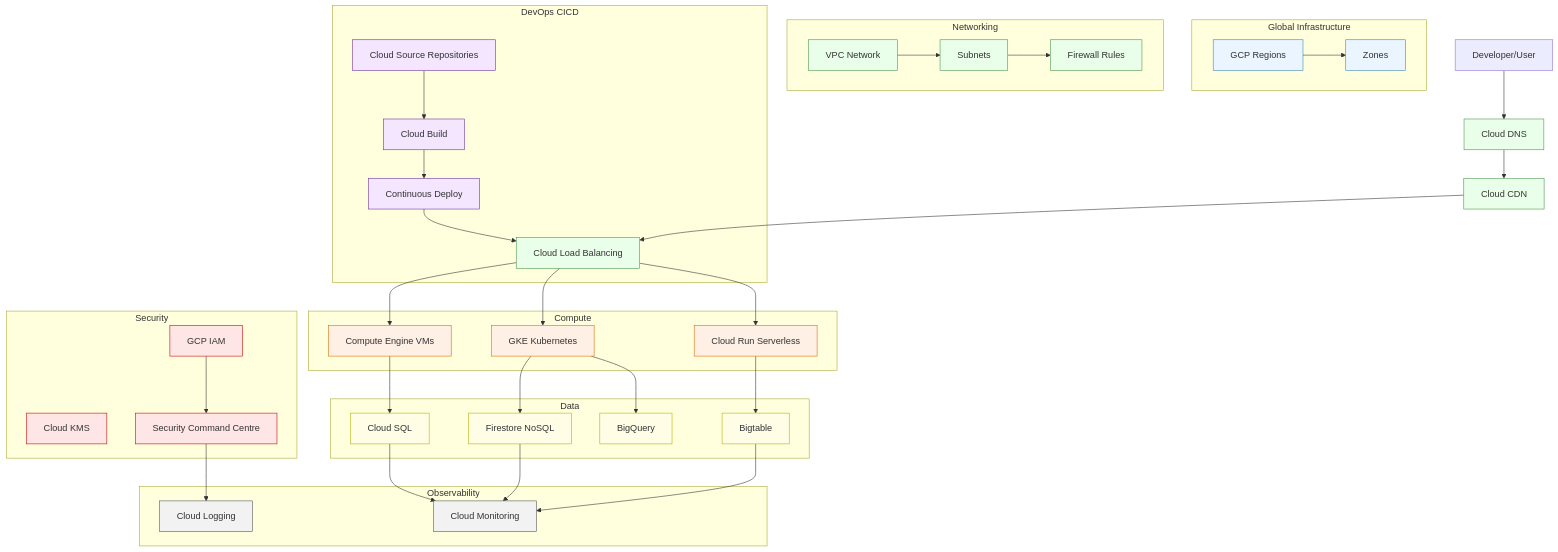
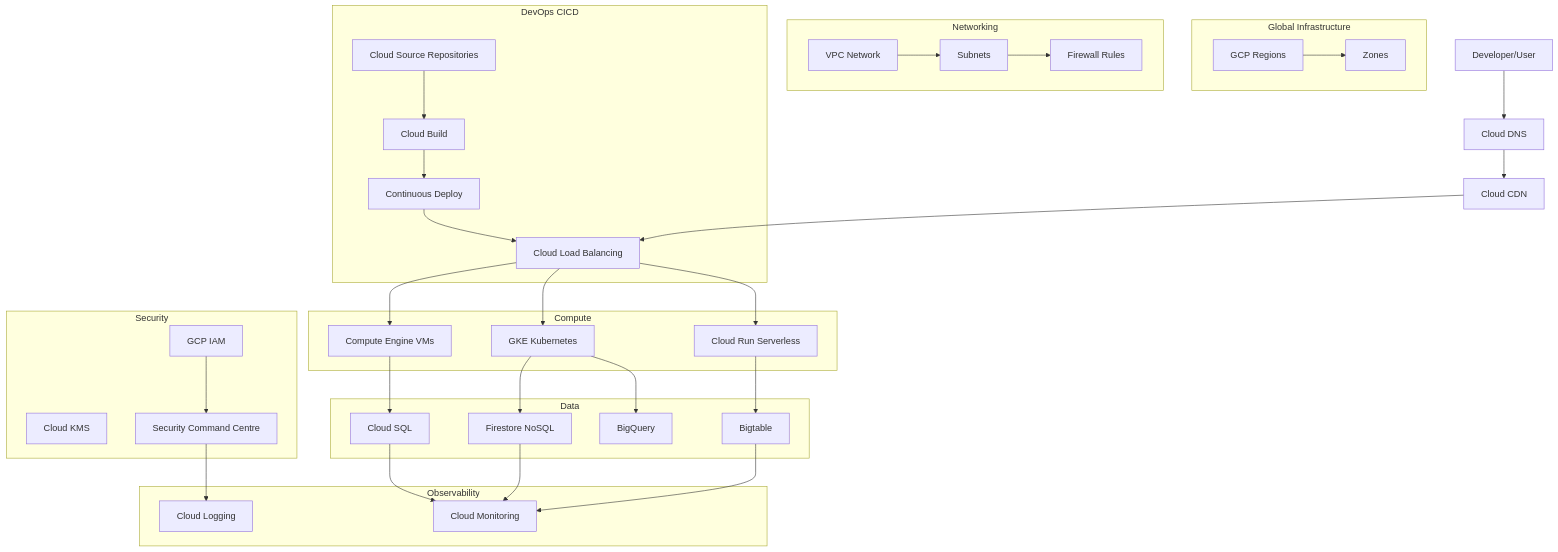
Before and after one commit to cassmastern/lers-sandbox: the second of 3 diagrams in docs/sec_cloud/aws-gcp-azure.md, drawn with Mermaid. The commit also changed other lines of this file, not shown here.

Commit message:
remove %%STYLES definitions from Azure, GCP and AWS arch diagrams

````diff
--- a/docs/sec_cloud/aws-gcp-azure.md
+++ b/docs/sec_cloud/aws-gcp-azure.md
@@ -144,70 +135,62 @@
 ```mermaid
 graph TD
     accTitle: GCP architecture diagram
     accDescr: GCP architecture diagram showing global infrastructure with regions and zones. User connects through Cloud DNS and Cloud CDN to Cloud Load Balancing, which routes to compute layer: Compute Engine VMs, GKE Kubernetes clusters, and Cloud Run serverless containers. Data layer contains Cloud SQL, Firestore NoSQL, Bigtable, and BigQuery analytics. DevOps flows from Cloud Source Repositories through Cloud Build to continuous deployment back to load balancer. Security managed by GCP IAM, Cloud KMS, and Security Command Centre. Observability through Cloud Monitoring and Cloud Logging.
     subgraph GlobalInfra["Global Infrastructure"]
         GR1[GCP Regions]:::global --> GR2[Zones]:::global
     end
     
     subgraph NetworkLayer["Networking"]
         VPC[VPC Network]:::net --> Subnet1[Subnets]:::net
         Subnet1 --> Firewall[Firewall Rules]:::net
     end
     
     User[Developer/User] --> CloudDNS[Cloud DNS]:::net
     CloudDNS --> CloudCDN[Cloud CDN]:::net
     CloudCDN --> LoadBalancer[Cloud Load Balancing]:::net
     
     subgraph ComputeLayer["Compute"]
         Compute[Compute Engine VMs]:::compute
         GKE[GKE Kubernetes]:::compute
         CloudRun[Cloud Run Serverless]:::compute
     end
     
     LoadBalancer --> Compute
     LoadBalancer --> GKE
     LoadBalancer --> CloudRun
     
     subgraph DataLayer["Data"]
         CloudSQL[Cloud SQL]:::data
         Firestore[Firestore NoSQL]:::data
         Bigtable[Bigtable]:::data
         BigQuery[BigQuery]:::data
     end
     
     Compute --> CloudSQL
     GKE --> Firestore
     CloudRun --> Bigtable
     GKE --> BigQuery
     
     subgraph DevOpsLayer["DevOps CICD"]
         SourceRepo[Cloud Source Repositories]:::devops --> CloudBuild[Cloud Build]:::devops
         CloudBuild --> Deploy[Continuous Deploy]:::devops
         Deploy --> LoadBalancer
     end
     
     subgraph SecurityLayer["Security"]
         IAM[GCP IAM]:::sec
         KMS[Cloud KMS]:::sec
         SCC[Security Command Centre]:::sec
     end
     
     subgraph ObservabilityLayer["Observability"]
         Monitoring[Cloud Monitoring]:::obs
         Logging[Cloud Logging]:::obs
     end
     
     CloudSQL --> Monitoring
     Firestore --> Monitoring
     Bigtable --> Monitoring
     IAM --> SCC
     SCC --> Logging
-    
-    classDef global fill:#eaf5ff,stroke:#3a87ad
-    classDef net fill:#eaffea,stroke:#4a934a
-    classDef compute fill:#fff0e6,stroke:#d96c00
-    classDef data fill:#fffde6,stroke:#b3b300
-    classDef devops fill:#f5e6ff,stroke:#6b2f99
-    classDef sec fill:#ffe6e6,stroke:#cc0000
-    classDef obs fill:#f2f2f2,stroke:#555
 ```
````
